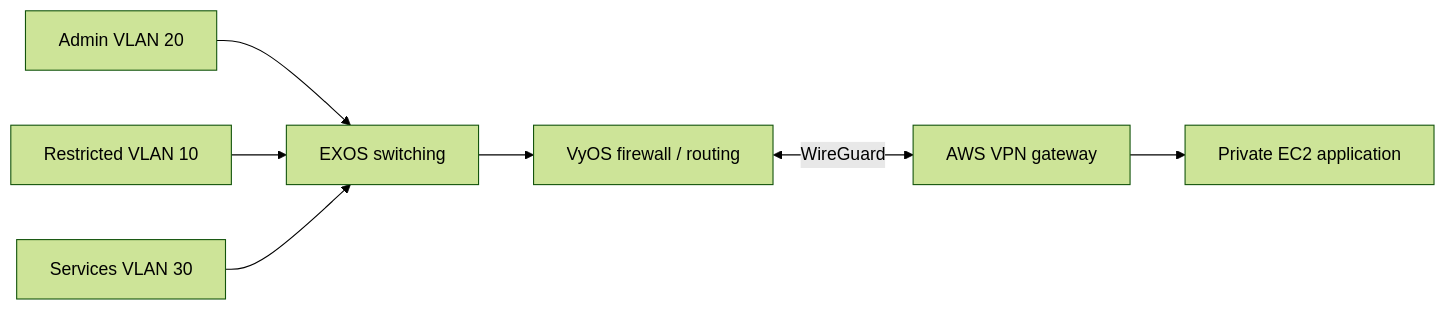
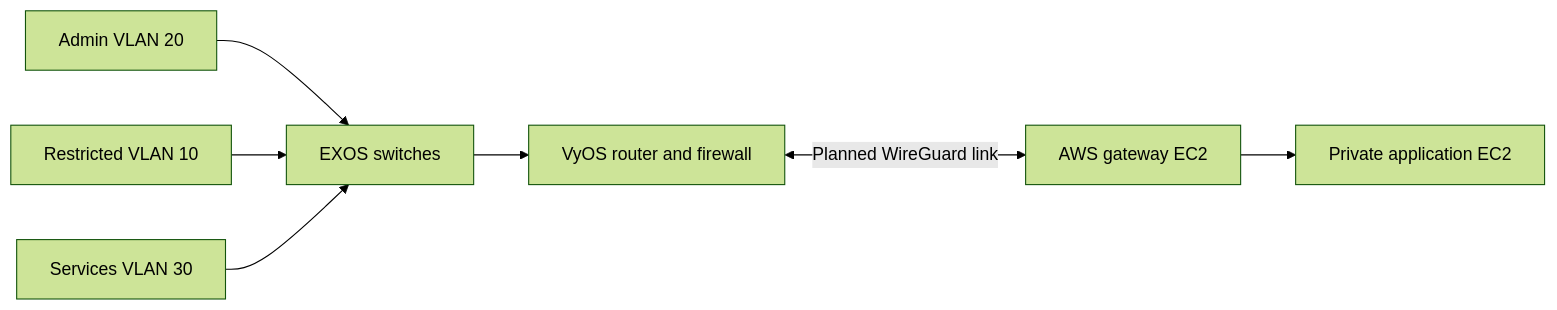
Before and after one commit to Matthew-Beare/hybrid-cloud-network: the diagram in README.md, drawn with Mermaid (forest theme). The commit also changed other lines of this file, not shown here.

````diff
--- a/README.md
+++ b/README.md
@@ -7,9 +9,9 @@
 ```mermaid
 flowchart LR
-  A[Admin VLAN 20] --> SW[EXOS switching]
+  A[Admin VLAN 20] --> SW[EXOS switches]
   U[Restricted VLAN 10] --> SW
   S[Services VLAN 30] --> SW
-  SW --> V[VyOS firewall / routing]
-  V <-->|WireGuard| G[AWS VPN gateway]
-  G --> P[Private EC2 application]
+  SW --> V[VyOS router and firewall]
+  V <-->|Planned WireGuard link| G[AWS gateway EC2]
+  G --> P[Private application EC2]
 ```
````
